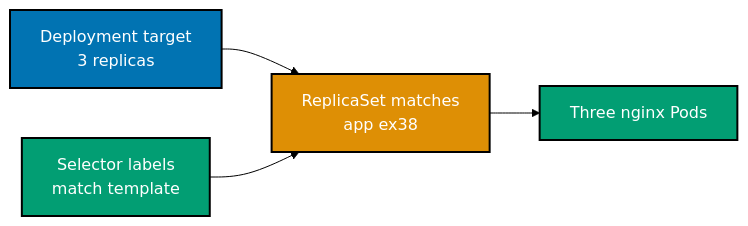
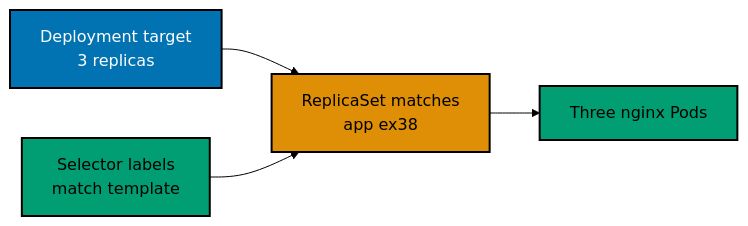
One commit to wahidyankf/ose-public changed the eighth of 17 diagrams in apps/ayokoding-www/content/en/learn/courses/containers-and-orchestration/learning/intermediate.md. Above: the diagram before and after it, drawn with Mermaid (forest theme). The commit also changed other lines of this file and 144 other files, not shown here.

First line of the commit message:
fix(mermaid): bring the first half of the courses diagrams onto the accessible palette

````diff
--- a/apps/ayokoding-www/content/en/learn/courses/containers-and-orchestration/learning/intermediate.md
+++ b/apps/ayokoding-www/content/en/learn/courses/containers-and-orchestration/learning/intermediate.md
@@ -502,13 +523,16 @@
 ```mermaid
 %% Color Palette: Blue #0173B2, Orange #DE8F05, Teal #029E73; color-blind friendly WCAG AA palette
 graph LR
+    accTitle: Example 38: Deployment manifest
+    accDescr: Graph with 4 nodes and 3 connections. Nodes: Deployment target 3 replicas, ReplicaSet matches app ex38, Three nginx Pods, Selector labels match template. Connections: Deployment target 3 replicas to ReplicaSet matches app ex38, ReplicaSet matches app ex38 to Three nginx Pods, Selector labels match template to ReplicaSet matches app ex38.
     D["Deployment target<br/>3 replicas"]:::blue
     RS["ReplicaSet matches<br/>app ex38"]:::orange
     P["Three nginx Pods"]:::teal
     L["Selector labels<br/>match template"]:::teal
     D --> RS --> P
     L --> RS
     classDef blue fill:#0173B2,stroke:#000000,color:#FFFFFF,stroke-width:2px
-    classDef teal fill:#029E73,stroke:#000000,color:#FFFFFF,stroke-width:2px
-    classDef orange fill:#DE8F05,stroke:#000000,color:#FFFFFF,stroke-width:2px
+    classDef teal fill:#029E73,stroke:#000000,color:#000000,stroke-width:2px
+    classDef orange fill:#DE8F05,stroke:#000000,color:#000000,stroke-width:2px
+    classDef default fill:#FFFFFF,stroke:#000000,color:#000000
 ```
````
